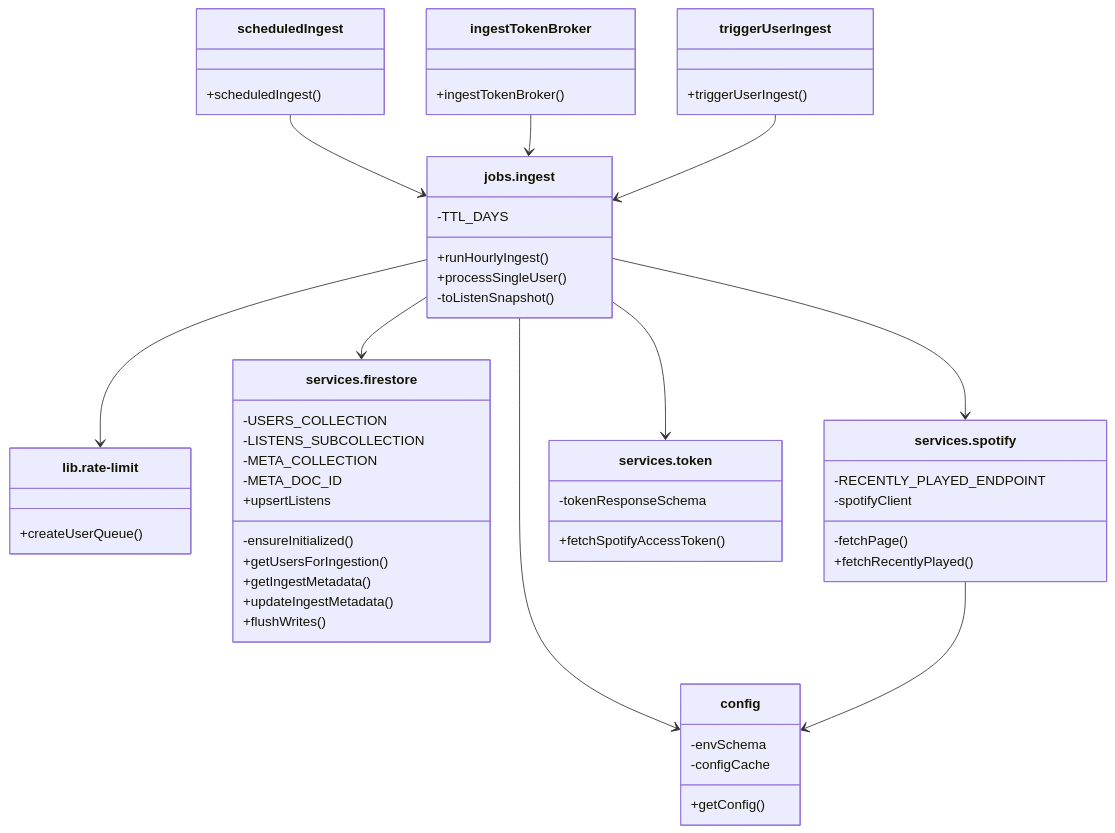
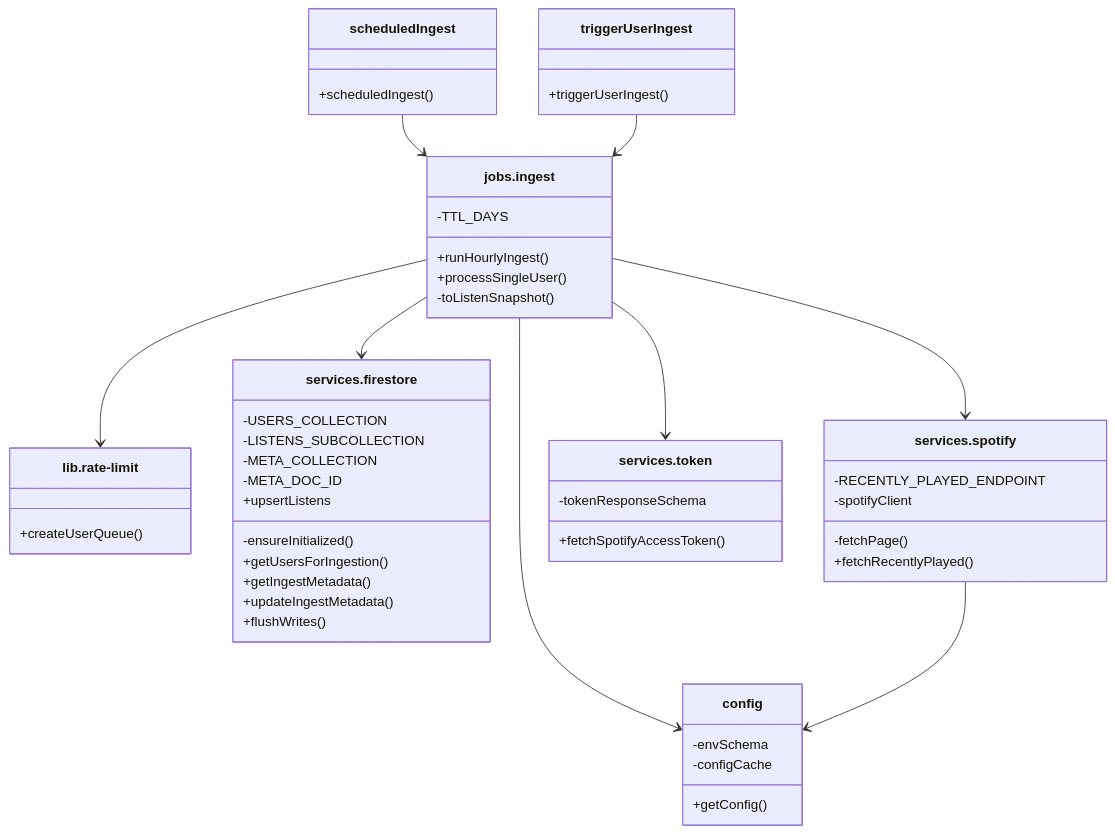
One commit to takuto0404/BOOMY_spotify_ingest changed the diagram in diagram/spotify_ingerst_mermaid.md. Above: the diagram before and after it, drawn with Mermaid. The commit also changed 14 other files, not shown here.

````diff
--- a/diagram/spotify_ingerst_mermaid.md
+++ b/diagram/spotify_ingerst_mermaid.md
@@ -1,58 +1,54 @@
 ```mermaid
 classDiagram
     class jobs.ingest{
         -TTL_DAYS
         +runHourlyIngest()
         +processSingleUser()
         -toListenSnapshot()
     }
     class lib.rate-limit{
         +createUserQueue()
     }
     class services.firestore{
         -USERS_COLLECTION
         -LISTENS_SUBCOLLECTION
         -META_COLLECTION
         -META_DOC_ID
         -ensureInitialized()
         +getUsersForIngestion()
         +getIngestMetadata()
         +updateIngestMetadata()
         +upsertListens
         +flushWrites()
     }
     class services.spotify{
         -RECENTLY_PLAYED_ENDPOINT
         -spotifyClient
         -fetchPage()
         +fetchRecentlyPlayed()
     }
     class services.token{
         -tokenResponseSchema
         +fetchSpotifyAccessToken()
     }
     class config{
         -envSchema
         -configCache
         +getConfig()
     }
-    class ingestTokenBroker{
-        +ingestTokenBroker()
-    }
     class scheduledIngest{
         +scheduledIngest()
     }
     class triggerUserIngest{
         +triggerUserIngest()
     }
 
     jobs.ingest --> config
     jobs.ingest --> lib.rate-limit
     jobs.ingest --> services.firestore
     jobs.ingest --> services.token
     jobs.ingest --> services.spotify
     services.spotify --> config
     scheduledIngest --> jobs.ingest
-    ingestTokenBroker --> jobs.ingest
     triggerUserIngest --> jobs.ingest
 ```
````
